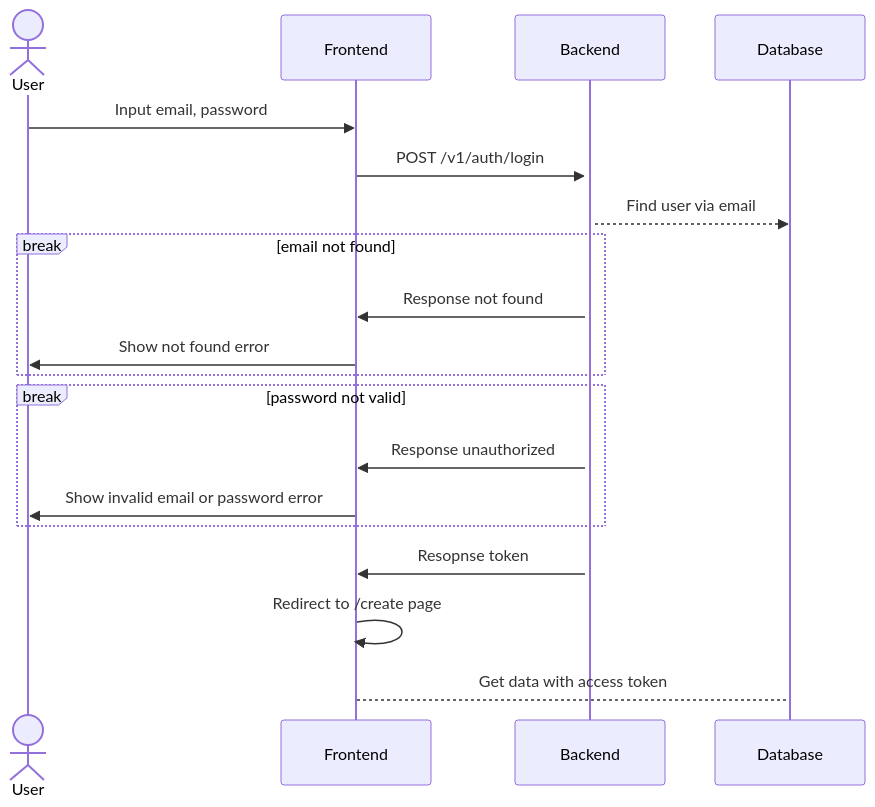
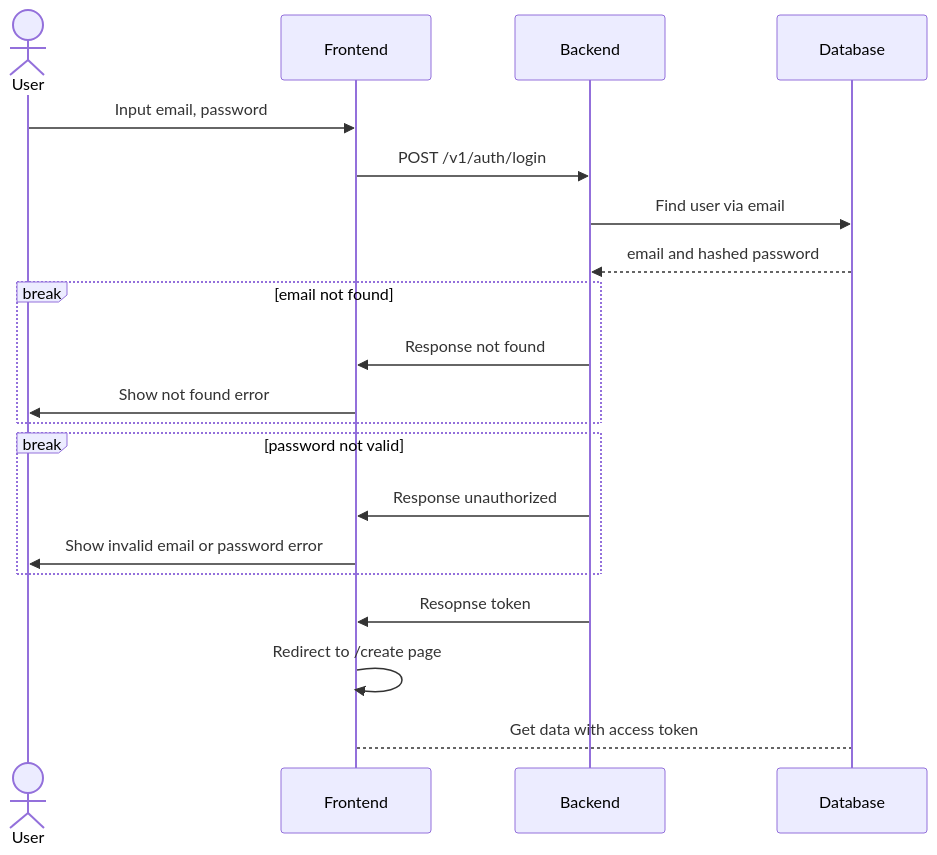
The second of 4 diagrams in README.md (themiddnight/My-Resume-Web-API-Firebase), drawn with Mermaid before and after one commit. The commit also changed other lines of this file, not shown here.

````diff
--- a/README.md
+++ b/README.md
@@ -378,18 +380,19 @@
 ```mermaid
 sequenceDiagram
     actor User
     User->>Frontend: Input email, password
-    Frontend->>+Backend: POST /v1/auth/login
-    Backend-->>Database: Find user via email
+    Frontend->>Backend: POST /v1/auth/login
+    Backend->>Database: Find user via email
+    Database-->>Backend: email and hashed password
     break email not found
         Backend->>Frontend: Response not found
         Frontend->>User: Show not found error
     end
     break password not valid
         Backend->>Frontend: Response unauthorized
         Frontend->>User: Show invalid email or password error
     end
     Backend->>Frontend: Resopnse token
     Frontend->>Frontend: Redirect to /create page
     Frontend-->Database: Get data with access token
 ```
````
